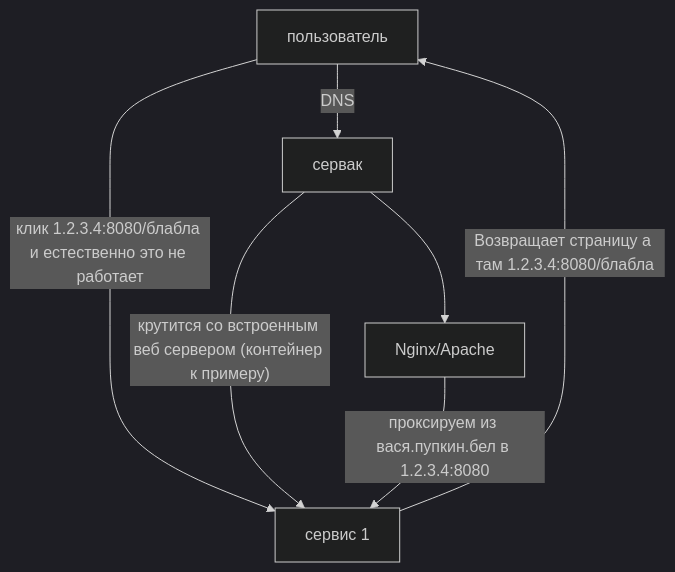
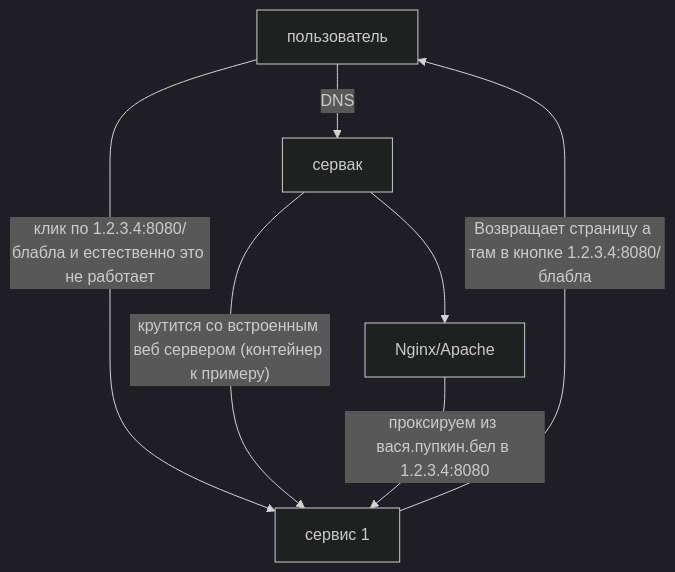
The diagram in src/site/notes/Public/posts/post0.md (EvgenBuiko/obsidian-dg-notes), drawn with Mermaid (dark theme) before and after one commit. The commit also changed other lines of this file and 2 other files, not shown here.

Commit message:
Published multiple files

````diff
--- a/src/site/notes/Public/posts/post0.md
+++ b/src/site/notes/Public/posts/post0.md
@@ -14,9 +16,9 @@
 ```mermaid
 flowchart TD
 A["пользователь"] -- DNS --> B["сервак"]
-A -- "клик 1.2.3.4:8080/блабла и естественно это не работает" --> D["сервис 1"]	
+A -- "клик по 1.2.3.4:8080/блабла и естественно это не работает" --> D["сервис 1"]	
 B --> C["Nginx/Apache"]
 B -- крутится со встроенным веб сервером (контейнер к примеру) --> D
 C -- "проксируем из вася.пупкин.бел в 1.2.3.4:8080" --> D
-D -- "Возвращает страницу а там 1.2.3.4:8080/блабла" --> A
+D -- "Возвращает страницу а там в кнопке 1.2.3.4:8080/блабла" --> A
 ```
````
